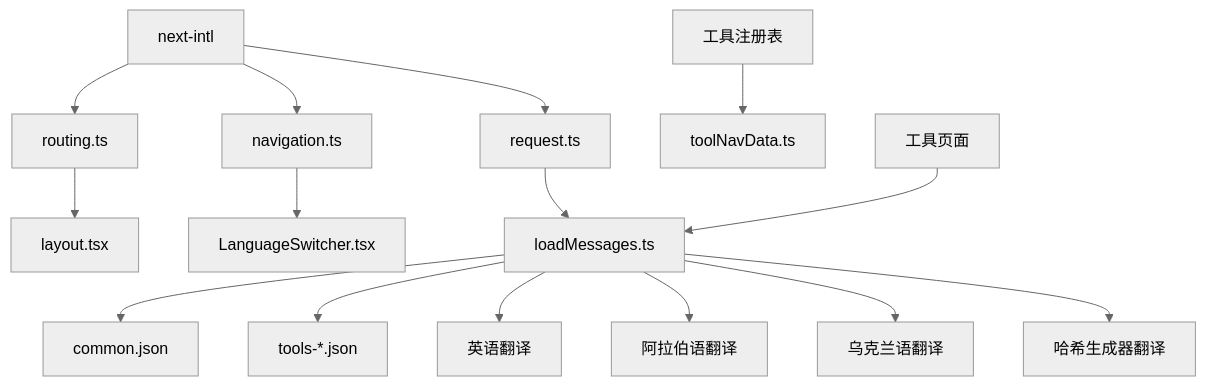
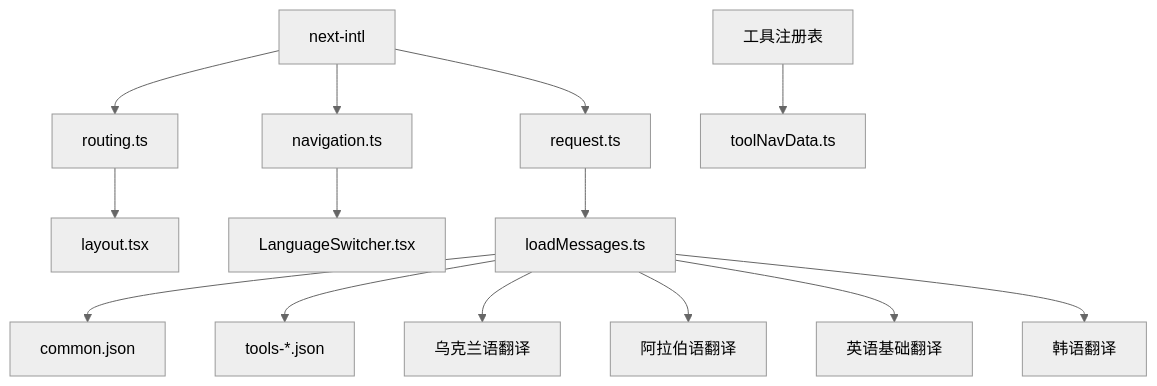
One commit to sgyy/privadeck changed the ninth of 9 diagrams in .qoder/repowiki/zh/content/国际化系统.md. Above: the diagram before and after it, drawn with Mermaid (neutral theme). The commit also changed other lines of this file and 23 other files, not shown here.

````diff
--- a/.qoder/repowiki/zh/content/国际化系统.md
+++ b/.qoder/repowiki/zh/content/国际化系统.md
@@ -442,17 +373,16 @@
 ```mermaid
 graph TB
 NEXTINTL["next-intl"] --> ROUTING["routing.ts"]
 NEXTINTL --> NAV["navigation.ts"]
 NEXTINTL --> REQUEST["request.ts"]
 ROUTING --> LAYOUT["layout.tsx"]
 NAV --> SWITCHER["LanguageSwitcher.tsx"]
 REQUEST --> LOAD["loadMessages.ts"]
 LOAD --> COMMON["common.json"]
 LOAD --> TOOLS["tools-*.json"]
-LOAD --> EN["英语翻译"]
+LOAD --> UK["乌克兰语翻译"]
 LOAD --> AR["阿拉伯语翻译"]
-LOAD --> UK["乌克兰语翻译"]
-LOAD --> HASH["哈希生成器翻译"]
+LOAD --> EN["英语基础翻译"]
+LOAD --> KO["韩语翻译"]
 REGISTRY["工具注册表"] --> TOOLNAV["toolNavData.ts"]
-TOOLPAGE["工具页面"] --> LOAD
 ```
````
